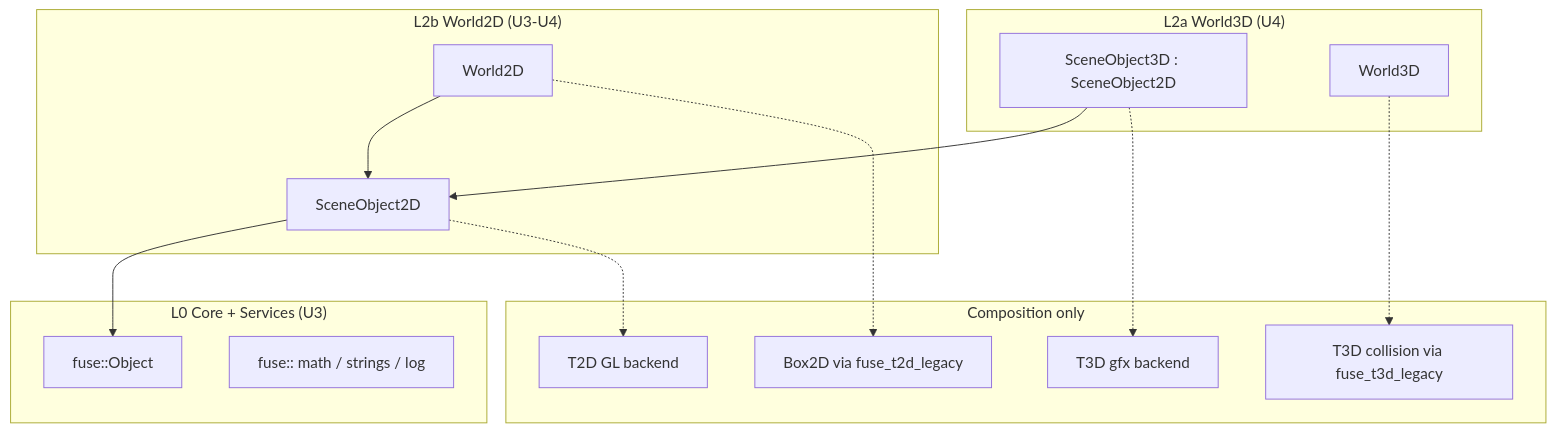
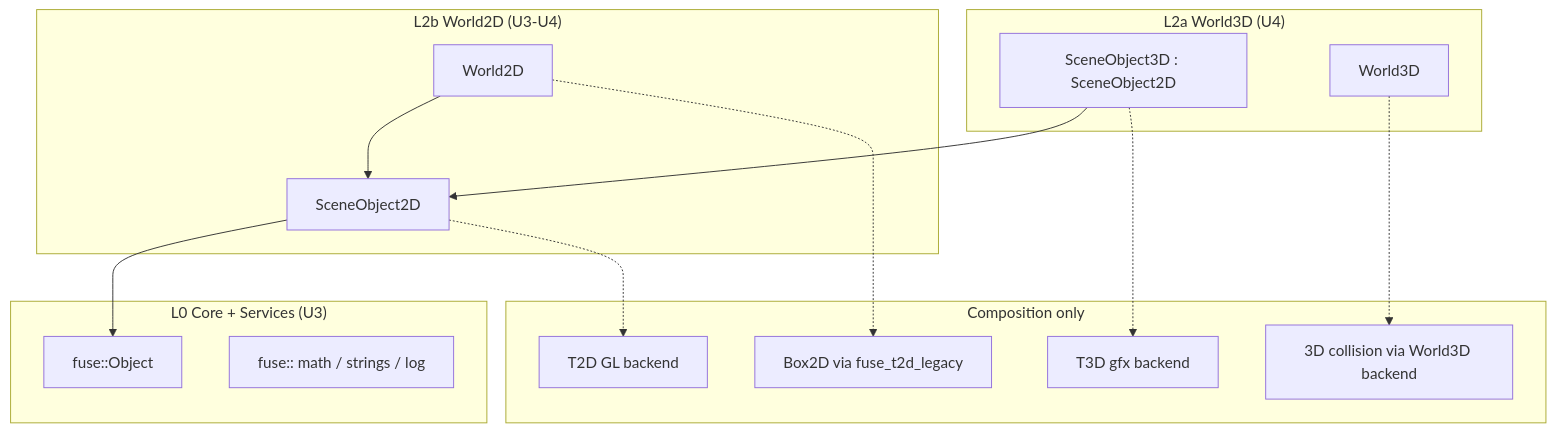
One commit to odin-loki/FUSE changed the diagram in docs/unification/merge-strategy-2d-extends.md. Above: the diagram before and after it, drawn with Mermaid. The commit also changed other lines of this file and 33 other files, not shown here.

````diff
--- a/docs/unification/merge-strategy-2d-extends.md
+++ b/docs/unification/merge-strategy-2d-extends.md
@@ -137,32 +137,32 @@
 ```mermaid
 flowchart TB
     subgraph L0["L0 Core + Services (U3)"]
         Object["fuse::Object"]
         Math["fuse:: math / strings / log"]
     end
 
     subgraph L2b["L2b World2D (U3-U4)"]
         SO2D["SceneObject2D"]
         W2D["World2D"]
         SO2D --> Object
         W2D --> SO2D
     end
 
     subgraph L2a["L2a World3D (U4)"]
         SO3D["SceneObject3D : SceneObject2D"]
         W3D["World3D"]
         SO3D --> SO2D
     end
 
     subgraph Compose["Composition only"]
         B2D["Box2D via fuse_t2d_legacy"]
-        Col3D["T3D collision via fuse_t3d_legacy"]
+        Col3D["3D collision via World3D backend"]
         Gfx2D["T2D GL backend"]
         Gfx3D["T3D gfx backend"]
     end
 
     W2D -.-> B2D
     W3D -.-> Col3D
     SO2D -.-> Gfx2D
     SO3D -.-> Gfx3D
 ```
````
